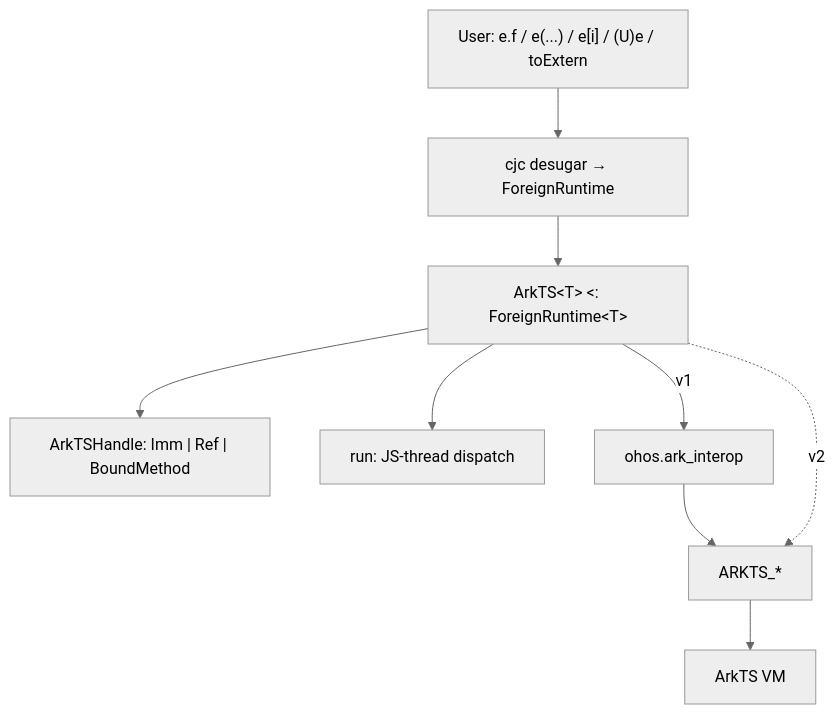
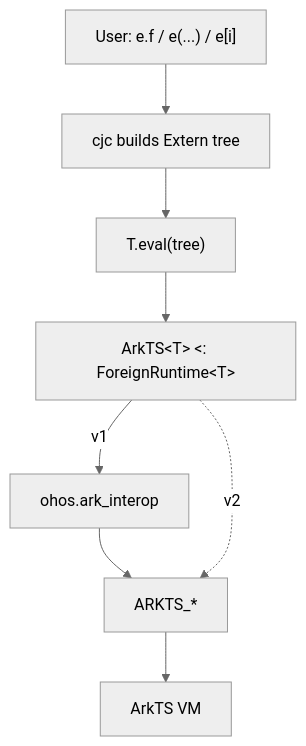
Before and after one commit to belolourenco/cangjie_interop_architecture: the first of 2 diagrams in docs/arkts_runtime_design.md, drawn with Mermaid (neutral theme). The commit also changed other lines of this file and 9 other files, not shown here.

````diff
--- a/docs/arkts_runtime_design.md
+++ b/docs/arkts_runtime_design.md
@@ -17,9 +37,8 @@
 ```mermaid
 flowchart TB
-    UC["User: e.f / e(...) / e[i] / (U)e / toExtern"] --> DS["cjc desugar → ForeignRuntime"]
-    DS --> ARK["ArkTS&lt;T&gt; <: ForeignRuntime&lt;T&gt;"]
-    ARK --> PAY["ArkTSHandle: Imm | Ref | BoundMethod"]
-    ARK --> RUN["run: JS-thread dispatch"]
+    UC["User: e.f / e(...) / e[i]"] --> DS["cjc builds Extern tree"]
+    DS --> EVAL["T.eval(tree)"]
+    EVAL --> ARK["ArkTS&lt;T&gt; <: ForeignRuntime&lt;T&gt;"]
     ARK -->|"v1"| CTX["ohos.ark_interop"] --> FFI["ARKTS_*"] --> VM["ArkTS VM"]
     ARK -.->|"v2"| FFI
 ```
````
